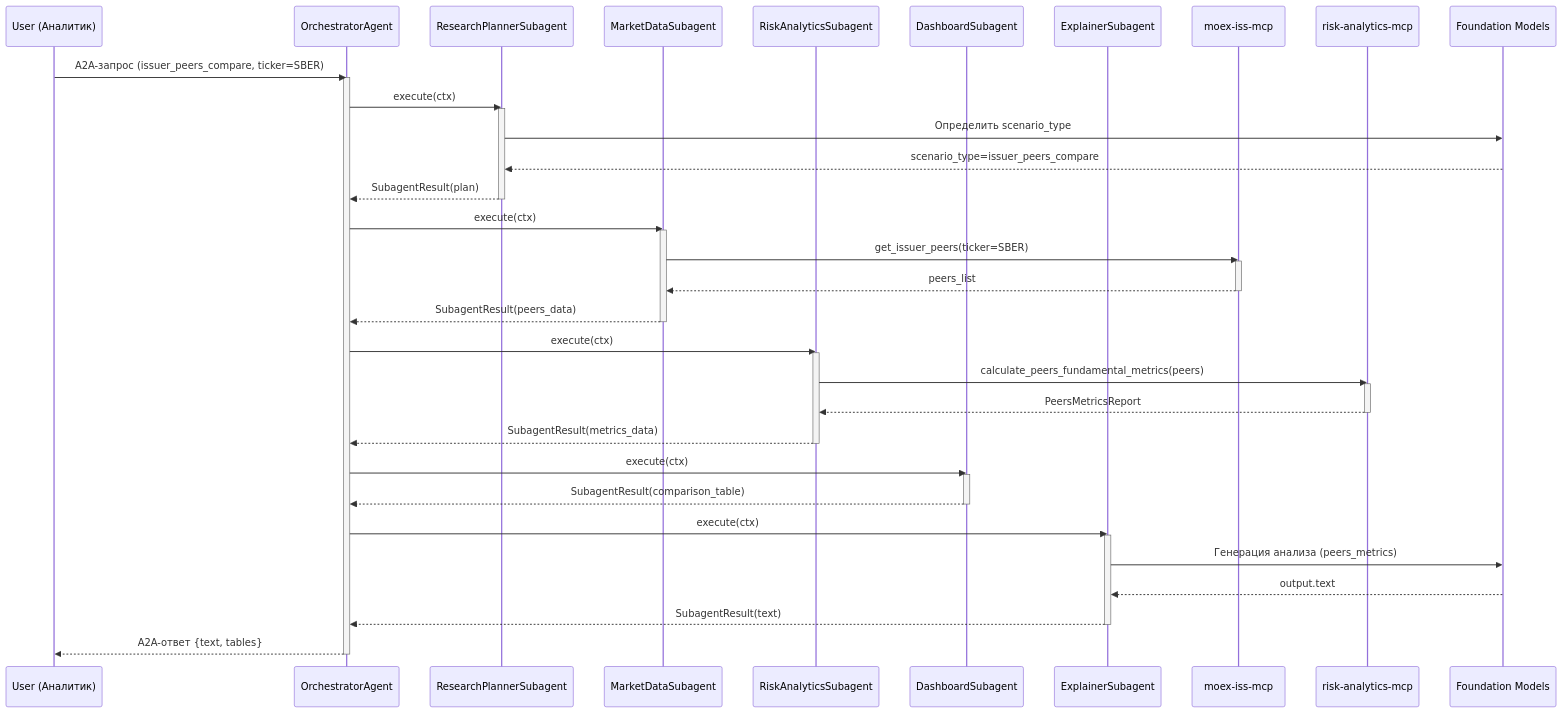
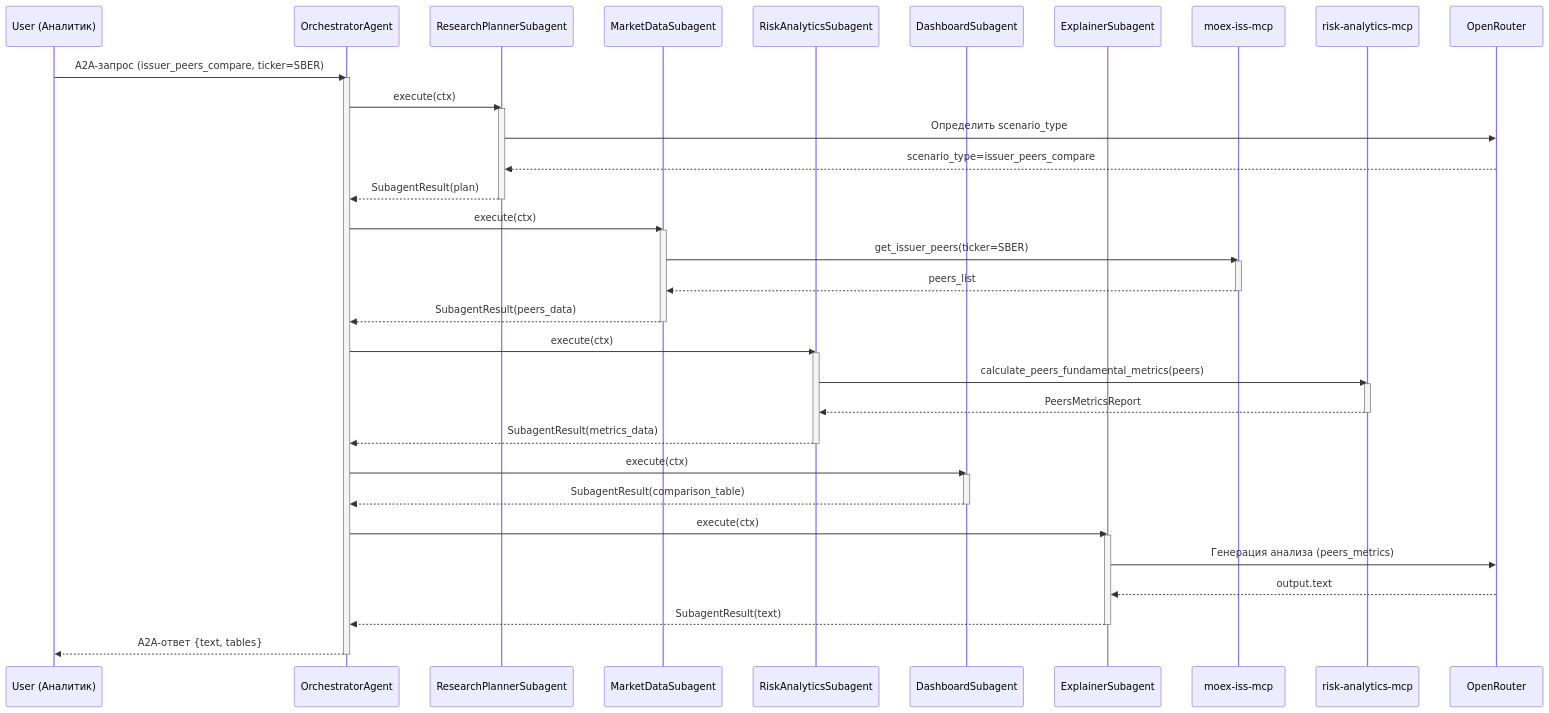
The first of 3 diagrams in docs/SCENARIOS_PORTFOLIO_RISK.md (trustmycode/MOEX-Agent-MCP), drawn with Mermaid before and after one commit. The commit also changed other lines of this file and 37 other files, not shown here.

First line of the commit message:
feat: перенести агента на OpenRouter

````diff
--- a/docs/SCENARIOS_PORTFOLIO_RISK.md
+++ b/docs/SCENARIOS_PORTFOLIO_RISK.md
@@ -71,56 +71,56 @@
 ```mermaid
 sequenceDiagram
     participant U as User (Аналитик)
     participant O as OrchestratorAgent
     participant RP as ResearchPlannerSubagent
     participant MD as MarketDataSubagent
     participant RA as RiskAnalyticsSubagent
     participant DS as DashboardSubagent
     participant EX as ExplainerSubagent
     participant MCP_M as moex-iss-mcp
     participant MCP_R as risk-analytics-mcp
-    participant FM as Foundation Models
+    participant FM as OpenRouter
 
     U->>O: A2A-запрос (issuer_peers_compare, ticker=SBER)
     activate O
 
     O->>RP: execute(ctx)
     activate RP
     RP->>FM: Определить scenario_type
     FM-->>RP: scenario_type=issuer_peers_compare
     RP-->>O: SubagentResult(plan)
     deactivate RP
 
     O->>MD: execute(ctx)
     activate MD
     MD->>MCP_M: get_issuer_peers(ticker=SBER)
     activate MCP_M
     MCP_M-->>MD: peers_list
     deactivate MCP_M
     MD-->>O: SubagentResult(peers_data)
     deactivate MD
 
     O->>RA: execute(ctx)
     activate RA
     RA->>MCP_R: calculate_peers_fundamental_metrics(peers)
     activate MCP_R
     MCP_R-->>RA: PeersMetricsReport
     deactivate MCP_R
     RA-->>O: SubagentResult(metrics_data)
     deactivate RA
 
     O->>DS: execute(ctx)
     activate DS
     DS-->>O: SubagentResult(comparison_table)
     deactivate DS
 
     O->>EX: execute(ctx)
     activate EX
     EX->>FM: Генерация анализа (peers_metrics)
     FM-->>EX: output.text
     EX-->>O: SubagentResult(text)
     deactivate EX
 
     O-->>U: A2A-ответ {text, tables}
     deactivate O
 ```
````
